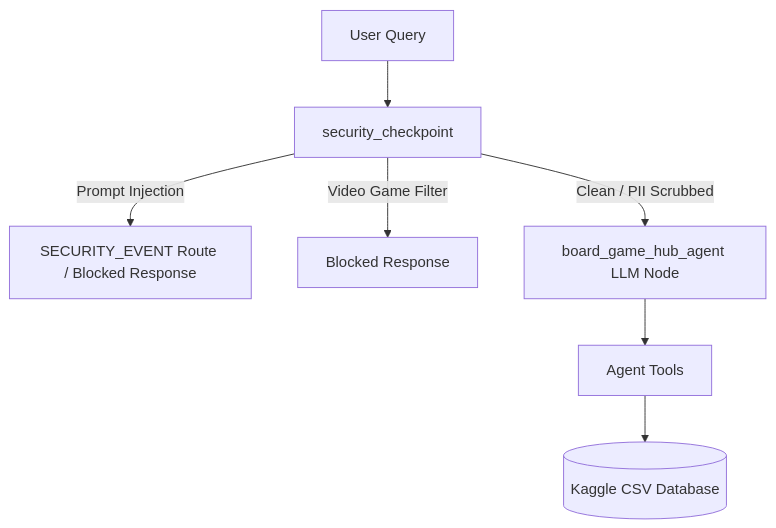
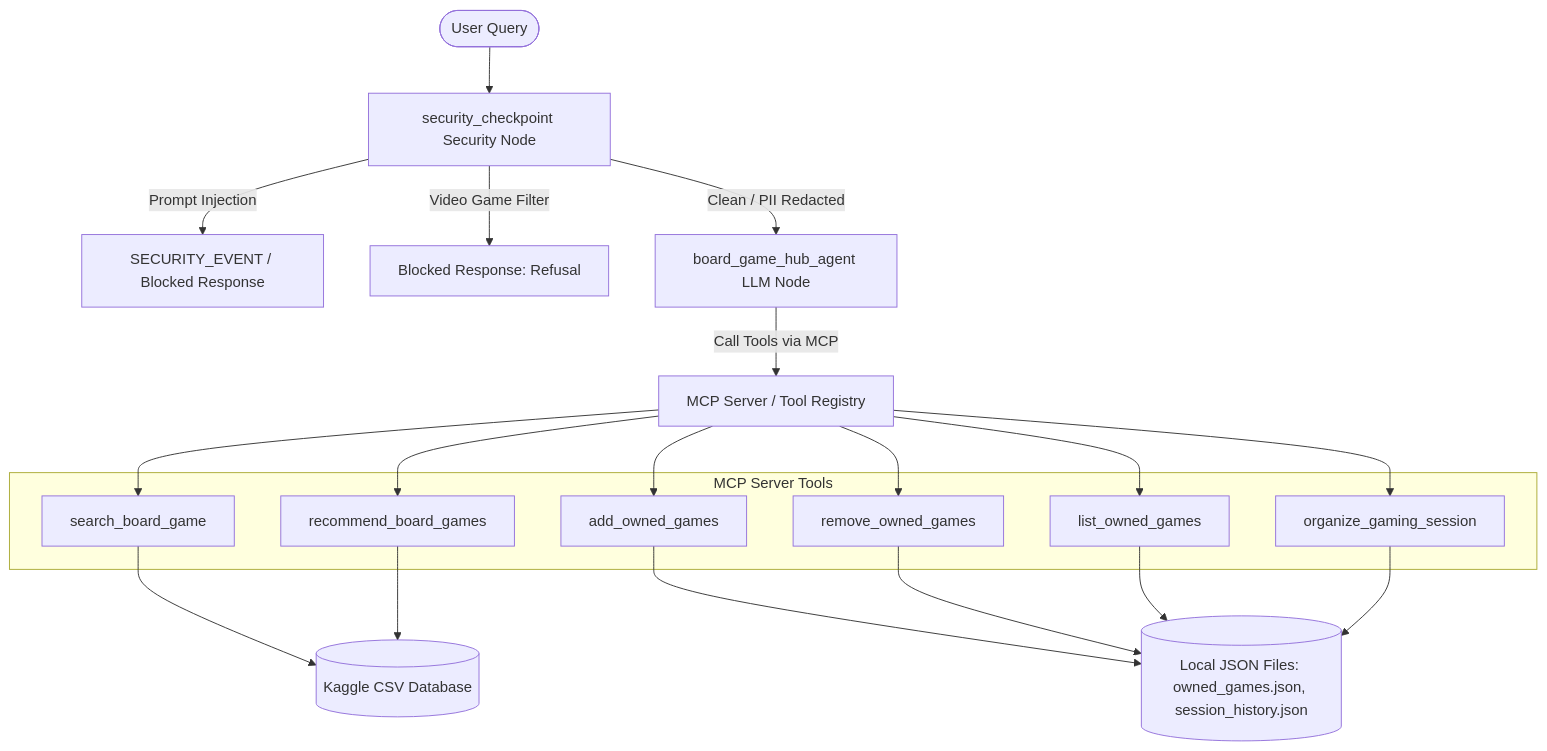
The diagram in README.md (zakomayo/board-game-hub), drawn with Mermaid before and after one commit. The commit also changed other lines of this file and 10 other files, not shown here.

Commit message:
feat: rebuild board-game themed UI and enable flexible multi-table scheduling

````diff
--- a/README.md
+++ b/README.md
@@ -25,9 +26,28 @@
 ```mermaid
 graph TD
-    UserQuery[User Query] --> Checkpoint[security_checkpoint]
-    Checkpoint -->|Prompt Injection| Inject[SECURITY_EVENT Route / Blocked Response]
-    Checkpoint -->|Video Game Filter| Policy[Blocked Response]
-    Checkpoint -->|Clean / PII Scrubbed| Agent[board_game_hub_agent LLM Node]
-    Agent --> Tools[Agent Tools]
-    Tools --> DB[(Kaggle CSV Database)]
+    User([User Query]) --> SecNode[security_checkpoint Security Node]
+    
+    %% Security Node Checks
+    SecNode -->|Prompt Injection| BlockInject[SECURITY_EVENT / Blocked Response]
+    SecNode -->|Video Game Filter| BlockDomain[Blocked Response: Refusal]
+    SecNode -->|Clean / PII Redacted| AgentNode[board_game_hub_agent LLM Node]
+    
+    %% Agent & Model Context Protocol (MCP) Server
+    AgentNode -->|Call Tools via MCP| MCPServer[MCP Server / Tool Registry]
+    
+    %% MCP Tools
+    subgraph MCP Server Tools
+        T1[search_board_game]
+        T2[recommend_board_games]
+        T3[add_owned_games]
+        T4[remove_owned_games]
+        T5[list_owned_games]
+        T6[organize_gaming_session]
+    end
+    
+    MCPServer --> T1 & T2 & T3 & T4 & T5 & T6
+    
+    %% Data Store
+    T1 & T2 --> KaggleDB[(Kaggle CSV Database)]
+    T3 & T4 & T5 & T6 --> LocalStore[(Local JSON Files: owned_games.json, session_history.json)]
 ```
````
